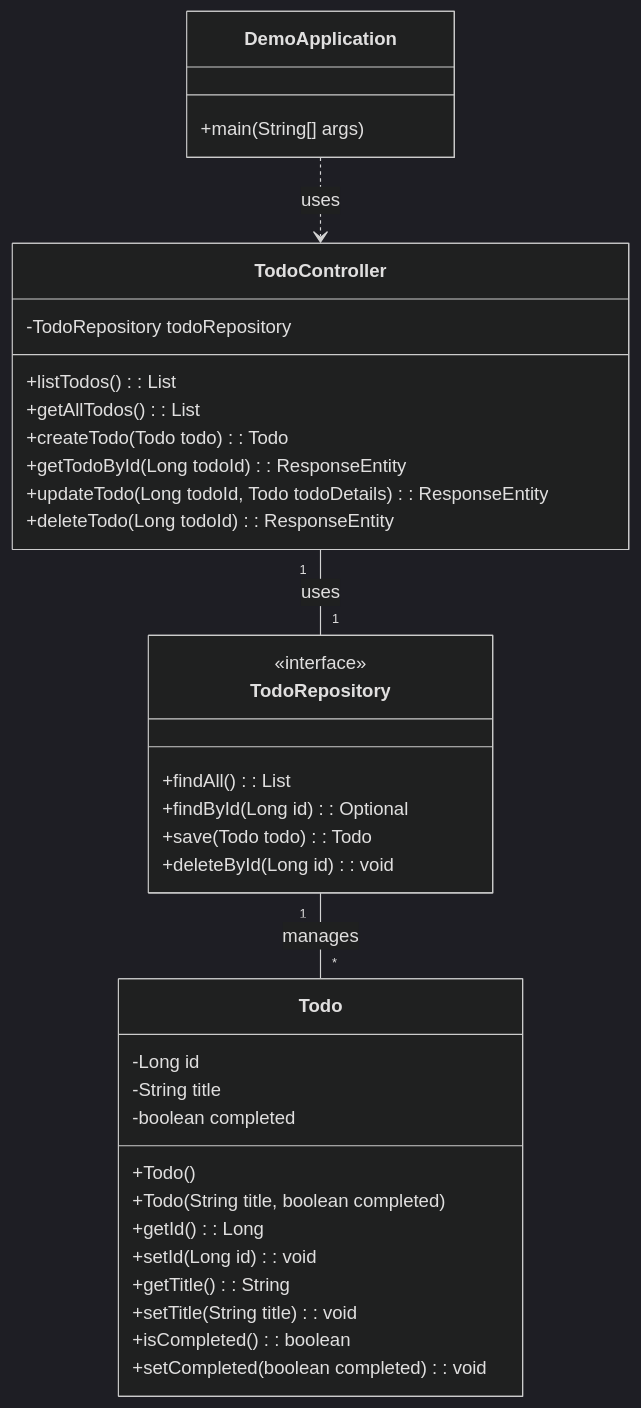
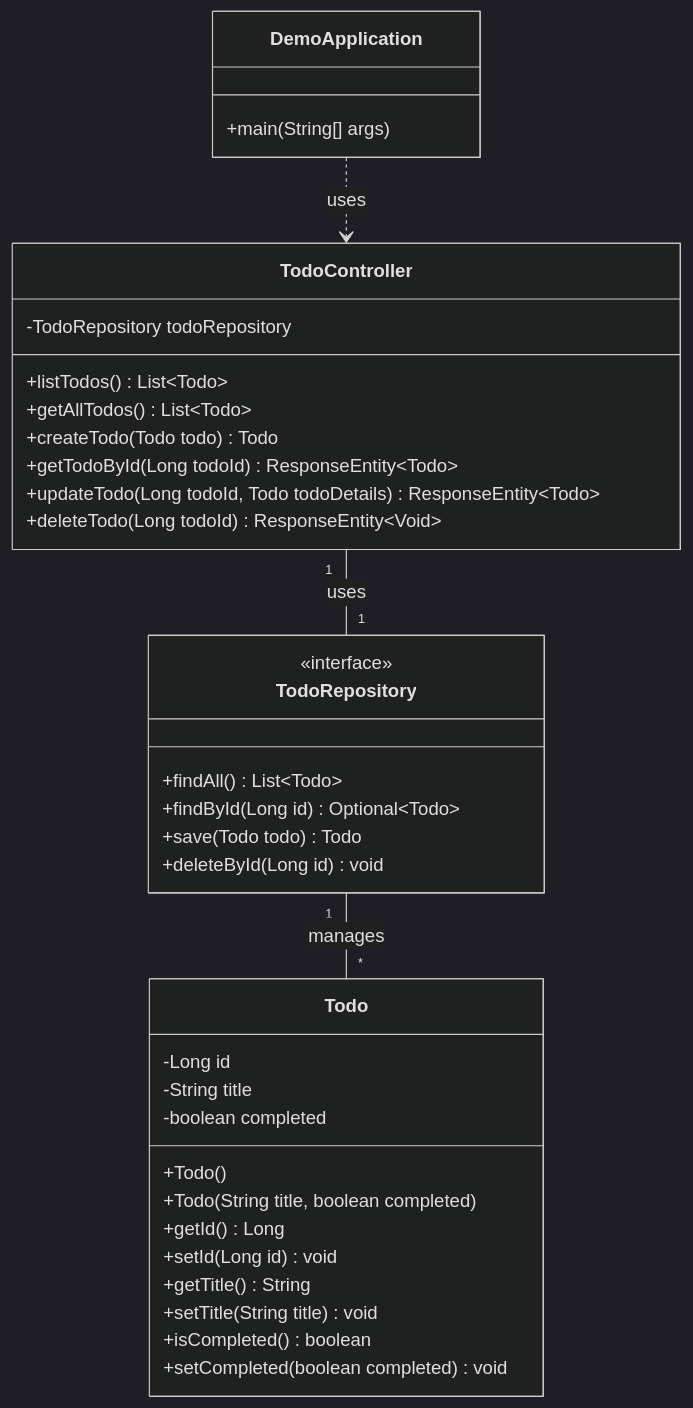
One commit to sco3/spring-ex changed the diagram in README.md. Above: the diagram before and after it, drawn with Mermaid (dark theme).

````diff
--- a/README.md
+++ b/README.md
@@ -56,41 +56,42 @@
 ```mermaid
 classDiagram
     class DemoApplication {
         +main(String[] args)
     }
 
     class Todo {
         -Long id
         -String title
         -boolean completed
         +Todo()
         +Todo(String title, boolean completed)
-        +getId(): Long
-        +setId(Long id): void
-        +getTitle(): String
-        +setTitle(String title): void
-        +isCompleted(): boolean
-        +setCompleted(boolean completed): void
+        +getId() Long
+        +setId(Long id) void
+        +getTitle() String
+        +setTitle(String title) void
+        +isCompleted() boolean
+        +setCompleted(boolean completed) void
     }
 
-    class TodoRepository <<interface>> {
-        +findAll(): List<Todo>
-        +findById(Long id): Optional<Todo>
-        +save(Todo todo): Todo
-        +deleteById(Long id): void
+    class TodoRepository {
+        <<interface>>
+        +findAll() List~Todo~
+        +findById(Long id) Optional~Todo~
+        +save(Todo todo) Todo
+        +deleteById(Long id) void
     }
 
     class TodoController {
         -TodoRepository todoRepository
-        +listTodos(): List<Todo>
-        +getAllTodos(): List<Todo>
-        +createTodo(Todo todo): Todo
-        +getTodoById(Long todoId): ResponseEntity<Todo>
-        +updateTodo(Long todoId, Todo todoDetails): ResponseEntity<Todo>
-        +deleteTodo(Long todoId): ResponseEntity<Void>
+        +listTodos() List~Todo~
+        +getAllTodos() List~Todo~
+        +createTodo(Todo todo) Todo
+        +getTodoById(Long todoId) ResponseEntity~Todo~
+        +updateTodo(Long todoId, Todo todoDetails) ResponseEntity~Todo~
+        +deleteTodo(Long todoId) ResponseEntity~Void~
     }
 
     TodoController "1" -- "1" TodoRepository : uses
     TodoRepository "1" -- "*" Todo : manages
     DemoApplication ..> TodoController : uses
 ```
````
